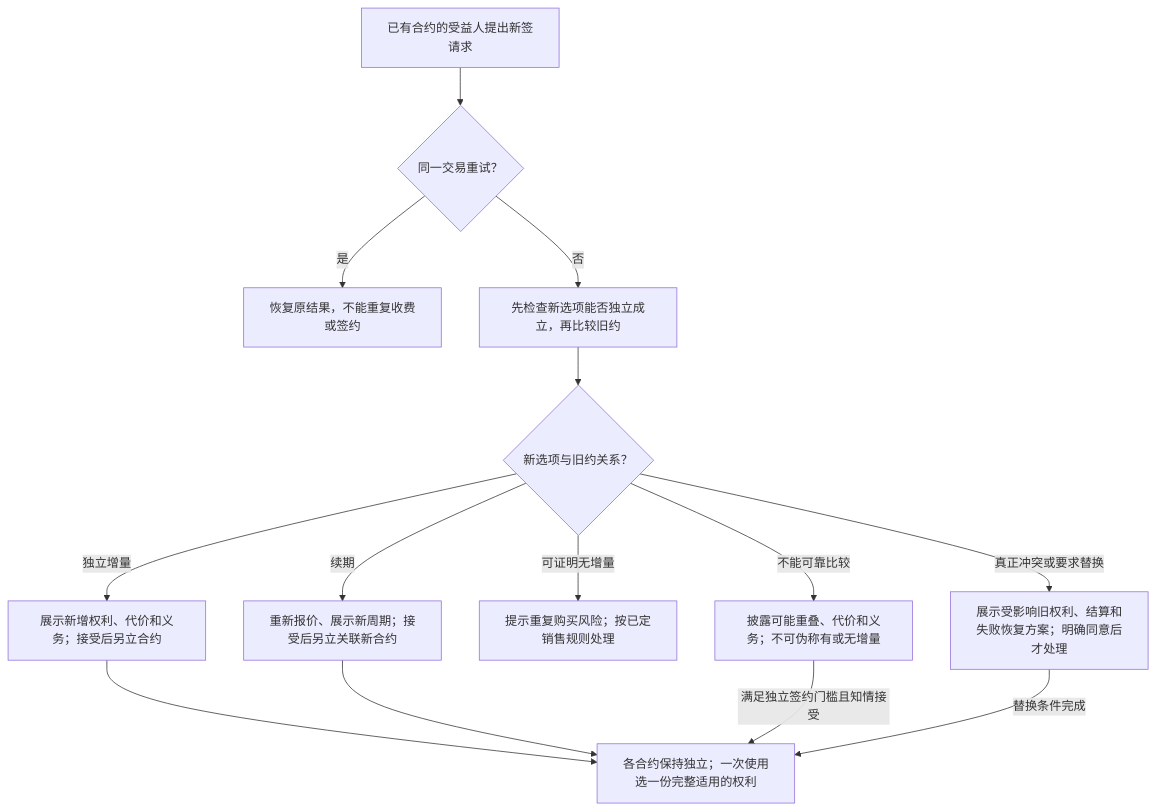
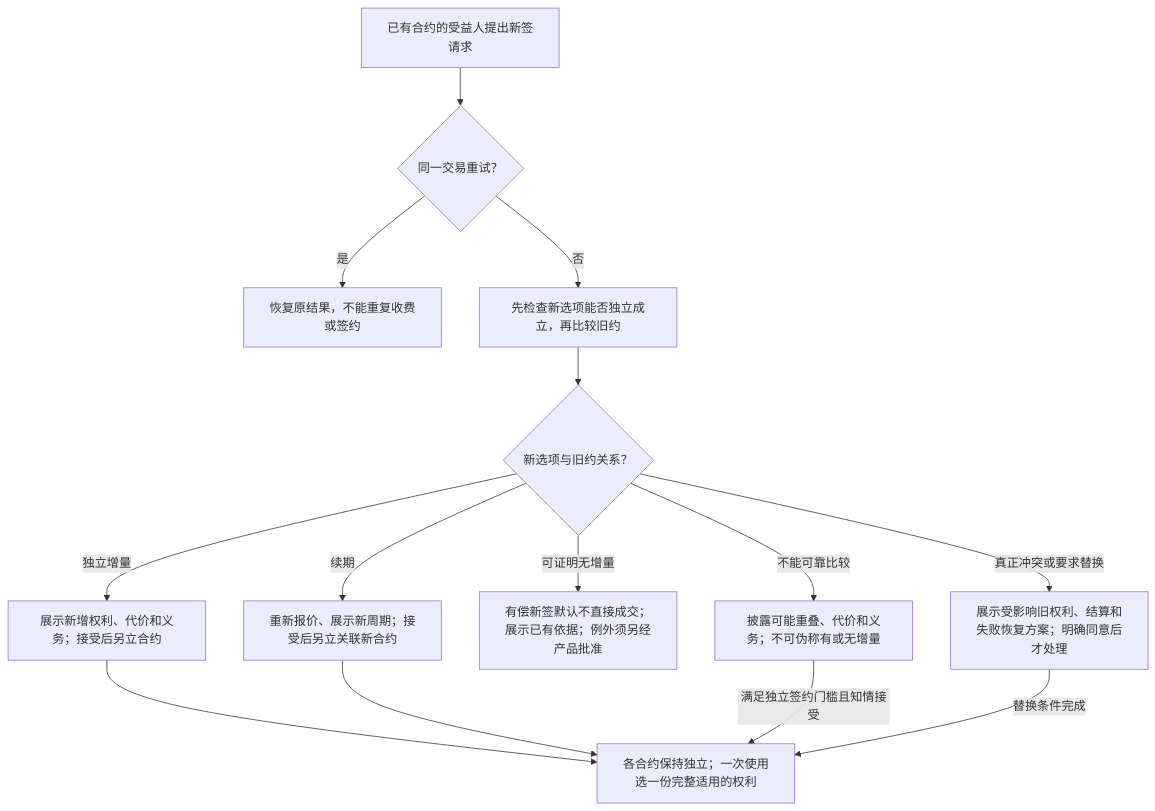
Before and after one commit to freelogfe/freelog-runtime-cli: the seventh of 7 diagrams in docs/授权产品模型与策略合约设计/18-策略合约产品模型与运行流程.md, drawn with Mermaid. The commit also changed other lines of this file and 9 other files, not shown here.

````diff
--- a/docs/授权产品模型与策略合约设计/18-策略合约产品模型与运行流程.md
+++ b/docs/授权产品模型与策略合约设计/18-策略合约产品模型与运行流程.md
@@ -162,16 +208,16 @@
 ```mermaid
 flowchart TD
     A["已有合约的受益人提出新签请求"] --> B{"同一交易重试？"}
     B -->|是| R["恢复原结果，不能重复收费或签约"]
     B -->|否| C["先检查新选项能否独立成立，再比较旧约"]
     C --> D{"新选项与旧约关系？"}
     D -->|独立增量| E["展示新增权利、代价和义务；接受后另立合约"]
     D -->|续期| F["重新报价、展示新周期；接受后另立关联新合约"]
-    D -->|可证明无增量| G["提示重复购买风险；按已定销售规则处理"]
+    D -->|可证明无增量| G["有偿新签默认不直接成交；展示已有依据；例外须另经产品批准"]
     D -->|不能可靠比较| H["披露可能重叠、代价和义务；不可伪称有或无增量"]
     D -->|真正冲突或要求替换| I["展示受影响旧权利、结算和失败恢复方案；明确同意后才处理"]
     E --> J["各合约保持独立；一次使用选一份完整适用的权利"]
     F --> J
     H -->|满足独立签约门槛且知情接受| J
     I -->|替换条件完成| J
 ```
````
